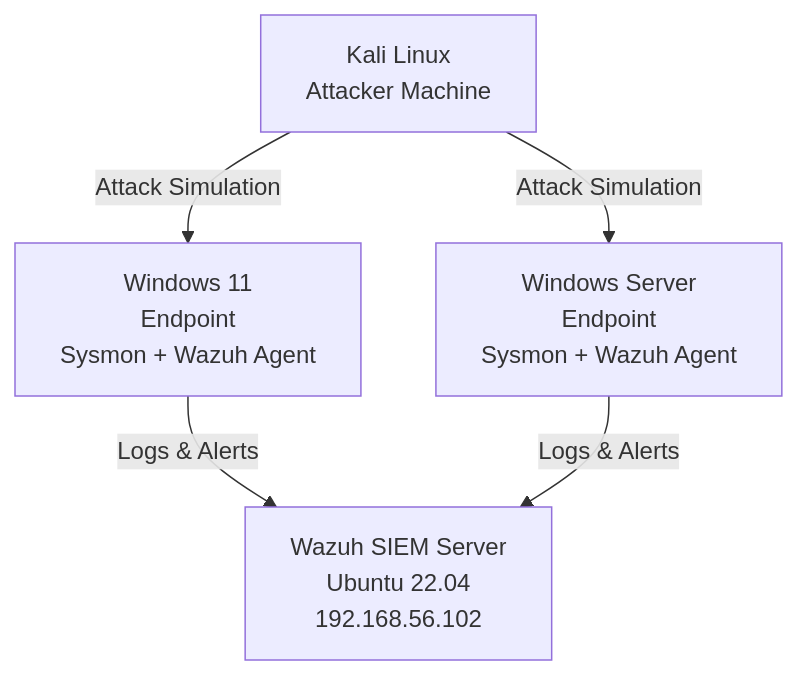
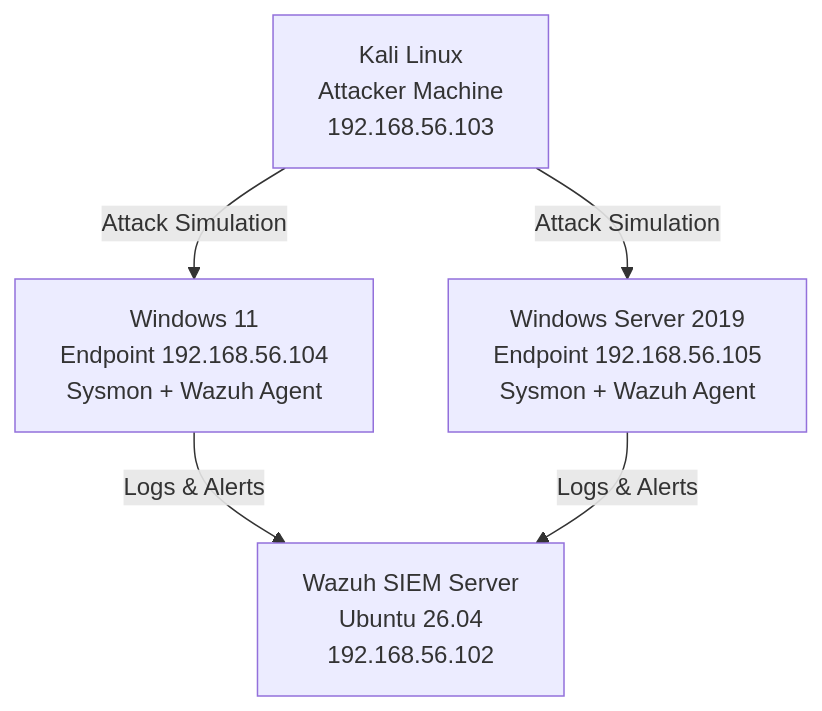
The diagram in README.md (ROwijan/SOC-Lab), drawn with Mermaid before and after one commit. The commit also changed other lines of this file, not shown here.

````diff
--- a/README.md
+++ b/README.md
@@ -10,17 +10,11 @@
 ```mermaid
 flowchart TD
-
-    A[Kali Linux<br>Attacker Machine]
-
-    B[Wazuh SIEM Server<br>Ubuntu 22.04<br>192.168.56.102]
-
-    C[Windows 11<br>Endpoint<br>Sysmon + Wazuh Agent]
-
-    D[Windows Server<br>Endpoint<br>Sysmon + Wazuh Agent]
-
+    A[Kali Linux<br>Attacker Machine<br>192.168.56.103]
+    B[Wazuh SIEM Server<br>Ubuntu 26.04<br>192.168.56.102]
+    C[Windows 11<br>Endpoint 192.168.56.104<br>Sysmon + Wazuh Agent]
+    D[Windows Server 2019<br>Endpoint 192.168.56.105<br>Sysmon + Wazuh Agent]
     A -->|Attack Simulation| C
     A -->|Attack Simulation| D
-
     C -->|Logs & Alerts| B
     D -->|Logs & Alerts| B
 ```
````
